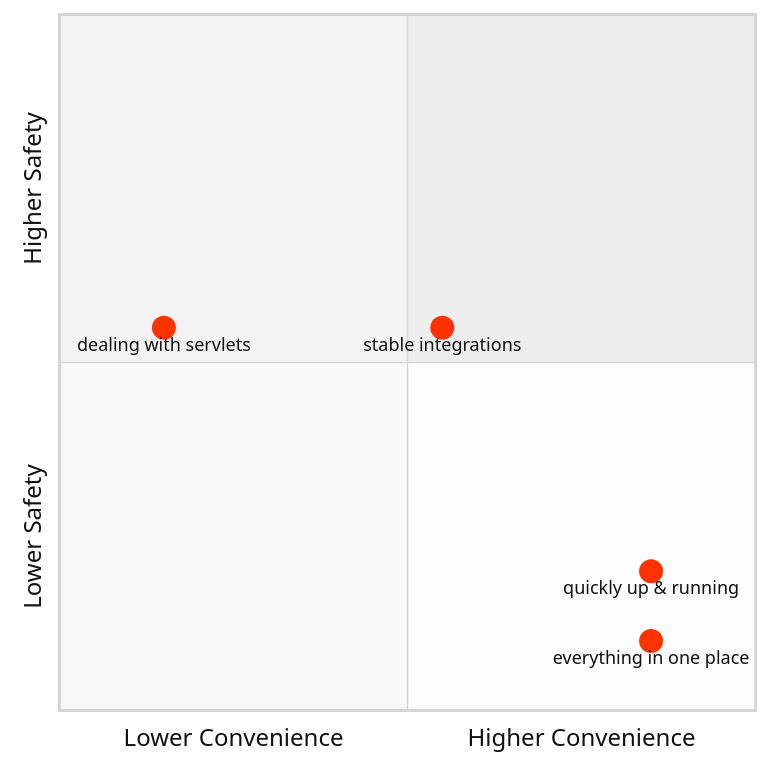
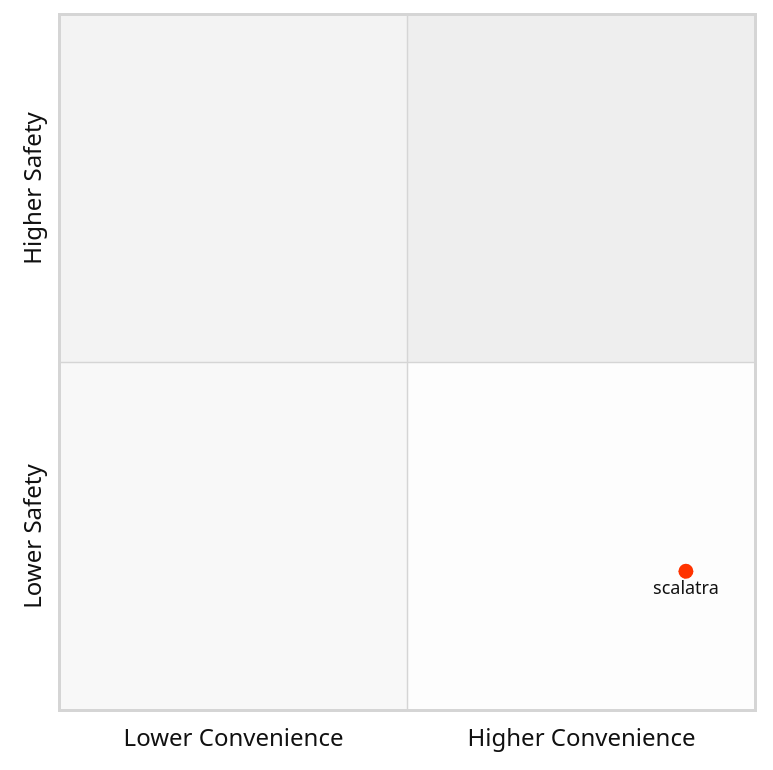
The second of 10 diagrams in slides/http.md (polyvariant/flavors-of-scala), drawn with Mermaid (neutral theme) before and after one commit. The commit also changed other lines of this file and 2 other files, not shown here.

Commit message:
Refactor the flow, add TODOs

````diff
--- a/slides/http.md
+++ b/slides/http.md
@@ -419,13 +435,11 @@
 ```mermaid {scale: 0.8}
 quadrantChart
   x-axis Lower Convenience --> Higher Convenience
   y-axis Lower Safety --> Higher Safety
-  everything in one place:::scalatra: [0.85, 0.1] radius: 8
-  quickly up & running:::scalatra: [0.85, 0.2] radius: 8
-  dealing with servlets:::scalatra: [0.15, 0.55] radius: 8
-  stable integrations:::scalatra: [0.55, 0.55] radius: 8
+  scalatra:::scalatra: [0.9, 0.2]
+
   classDef scalatra color: #ff3300
   classDef play color: #109060
   classDef class2 color: #908342, radius : 10, stroke-color: #310085, stroke-width: 10px
   classDef class3 color: #f00fff, radius : 10
 ```
````
